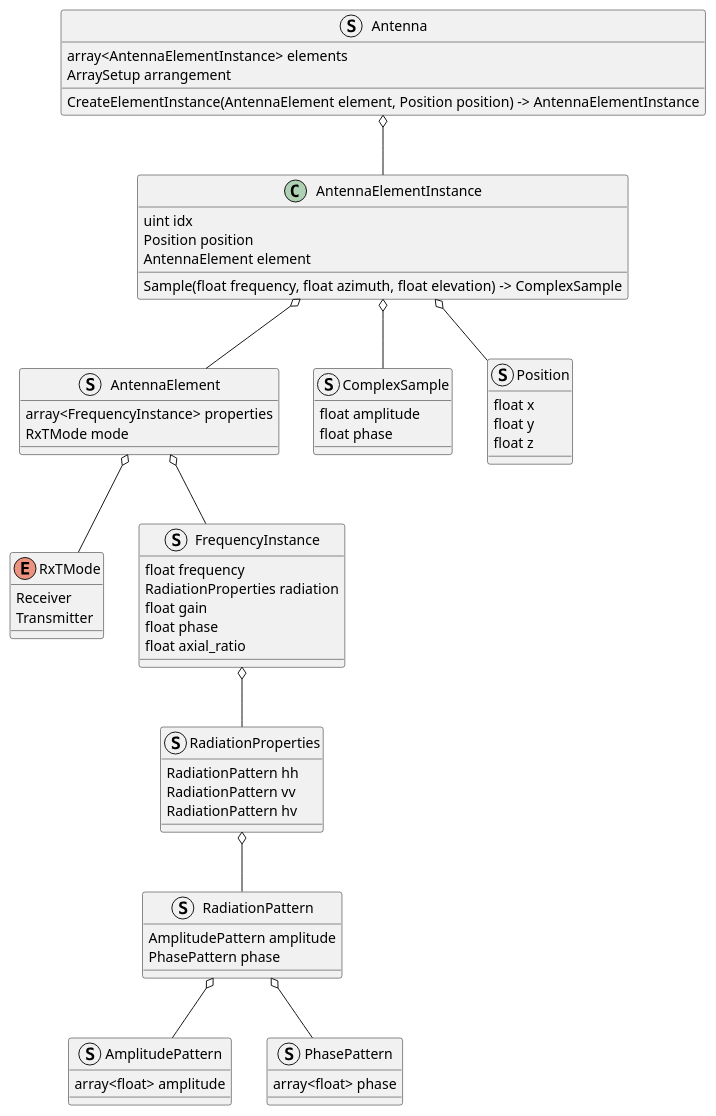
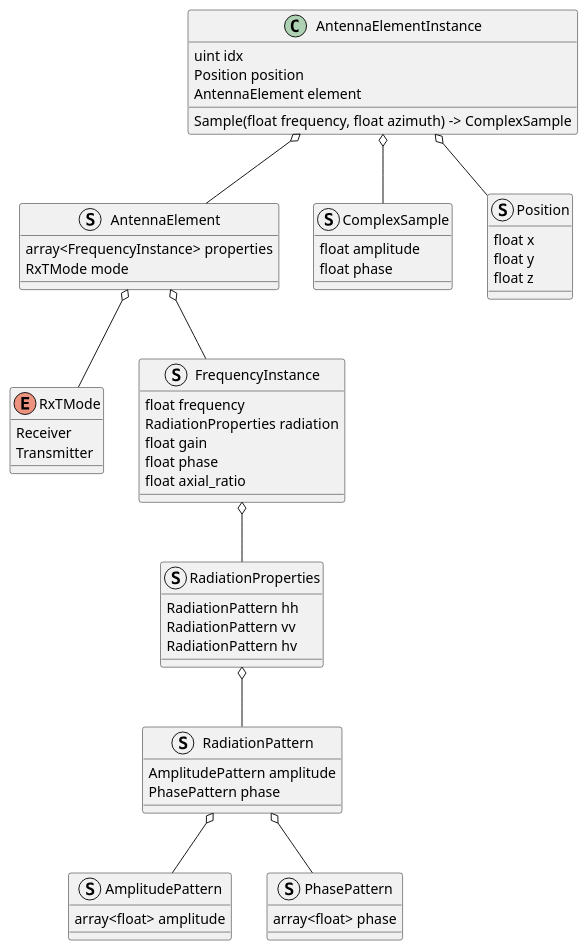
One commit to aimotive/asam-osi-hfss changed the diagram in docs/antenna.puml. Above: the diagram before and after it, drawn with PlantUML.

Commit message:
refactor: antenna aggregator not used now

```diff
--- a/docs/antenna.puml
+++ b/docs/antenna.puml
@@ -1,85 +1,76 @@
 @startuml antenna
-
-struct Antenna {
-    array<AntennaElementInstance> elements
-    ArraySetup arrangement
-
-    CreateElementInstance(AntennaElement element, Position position) -> AntennaElementInstance
-}
 
 class AntennaElementInstance {
     uint idx
     Position position
     AntennaElement element
 
-    Sample(float frequency, float azimuth, float elevation) -> ComplexSample
+    Sample(float frequency, float azimuth) -> ComplexSample
 }
 
 struct AntennaElement {
     array<FrequencyInstance> properties
     RxTMode mode
 }
 
 struct ComplexSample {
     float amplitude
     float phase
 }
 
 AntennaElementInstance o-- ComplexSample
-
-Antenna o-- AntennaElementInstance
 
 AntennaElementInstance o-- AntennaElement
 
 enum RxTMode {
     Receiver
     Transmitter
 }
 
 AntennaElement o-- RxTMode
 
 struct Position {
     float x
     float y
     float z
 }
 
 AntennaElementInstance o-- Position
 
 struct FrequencyInstance {
     float frequency
     RadiationProperties radiation
     float gain
     float phase
     float axial_ratio
 }
 
 AntennaElement o-- FrequencyInstance
 
 struct RadiationProperties {  
     RadiationPattern hh
     RadiationPattern vv
     RadiationPattern hv
 }
 
 FrequencyInstance o-- RadiationProperties
 
 struct RadiationPattern {
     AmplitudePattern amplitude
     PhasePattern phase
 }
 
 RadiationProperties o-- RadiationPattern
 
 struct AmplitudePattern {
     array<float> amplitude
 }
 
 struct PhasePattern {
     array<float> phase
 }
 
 RadiationPattern o-- AmplitudePattern
 RadiationPattern o-- PhasePattern
 
 @enduml
```
